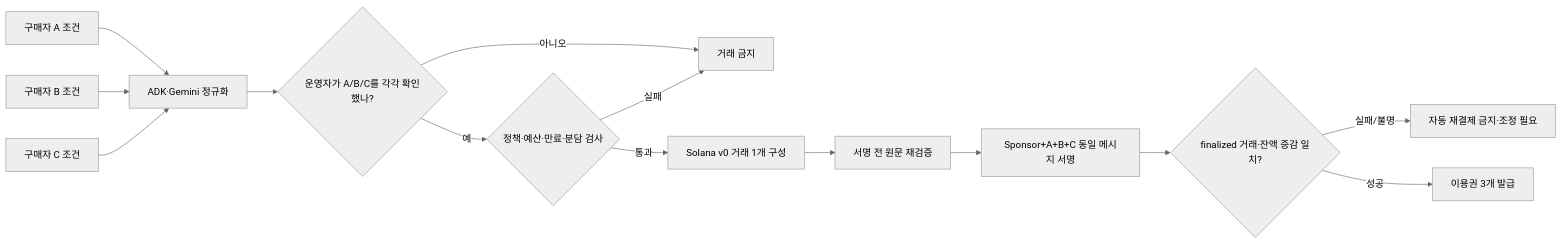
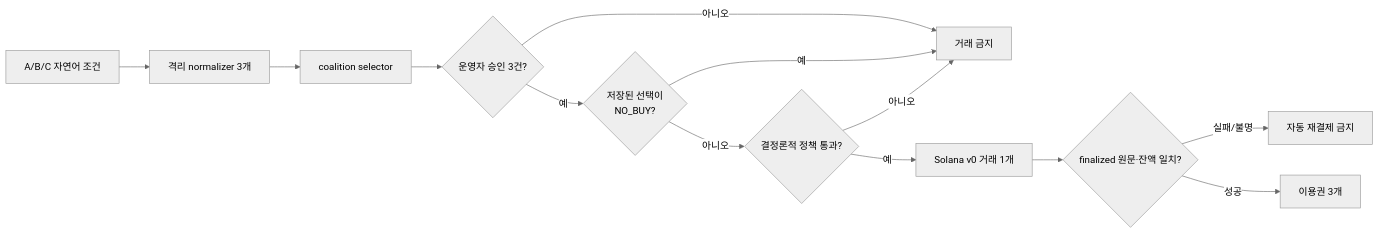
The diagram in product/mandate-pool/README.md (procloudkim/2026-Solana-Google), drawn with Mermaid (neutral theme) before and after one commit. The commit also changed other lines of this file and 16 other files, not shown here.

````diff
--- a/product/mandate-pool/README.md
+++ b/product/mandate-pool/README.md
@@ -78,16 +86,15 @@
 ```mermaid
 flowchart LR
-    A[구매자 A 조건] --> N[ADK·Gemini 정규화]
-    B[구매자 B 조건] --> N
-    C[구매자 C 조건] --> N
-    N --> H{운영자가 A/B/C를 각각 확인했나?}
+    A[A/B/C 자연어 조건] --> N[격리 normalizer 3개]
+    N --> C[coalition selector]
+    C --> H{운영자 승인 3건?}
     H -- 아니오 --> X[거래 금지]
-    H -- 예 --> P{정책·예산·만료·분담 검사}
-    P -- 실패 --> X
-    P -- 통과 --> T[Solana v0 거래 1개 구성]
-    T --> V[서명 전 원문 재검증]
-    V --> S[Sponsor+A+B+C 동일 메시지 서명]
-    S --> F{finalized 거래·잔액 증감 일치?}
-    F -- 실패/불명 --> R[자동 재결제 금지·조정 필요]
-    F -- 성공 --> E[이용권 3개 발급]
+    H -- 예 --> S{저장된 선택이<br/>NO_BUY?}
+    S -- 예 --> X
+    S -- 아니오 --> P{결정론적 정책 통과?}
+    P -- 아니오 --> X
+    P -- 예 --> T[Solana v0 거래 1개]
+    T --> F{finalized 원문·잔액 일치?}
+    F -- 실패/불명 --> R[자동 재결제 금지]
+    F -- 성공 --> E[이용권 3개]
 ```
````
